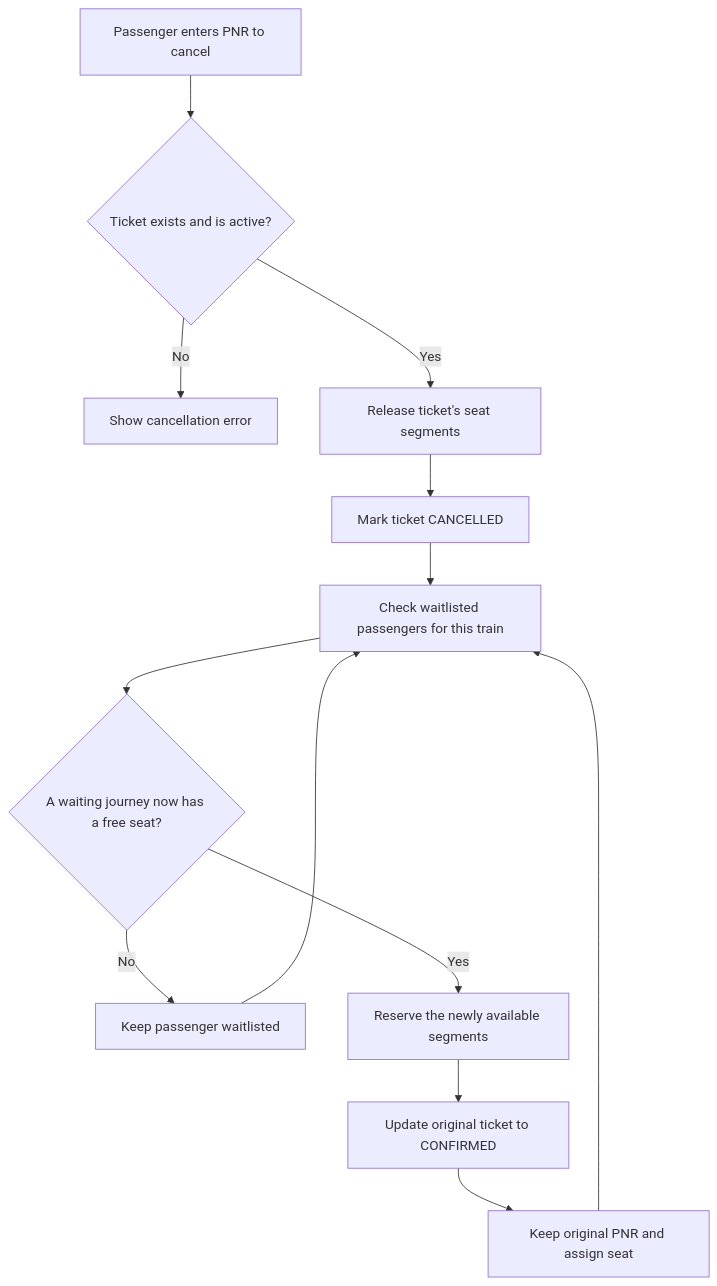
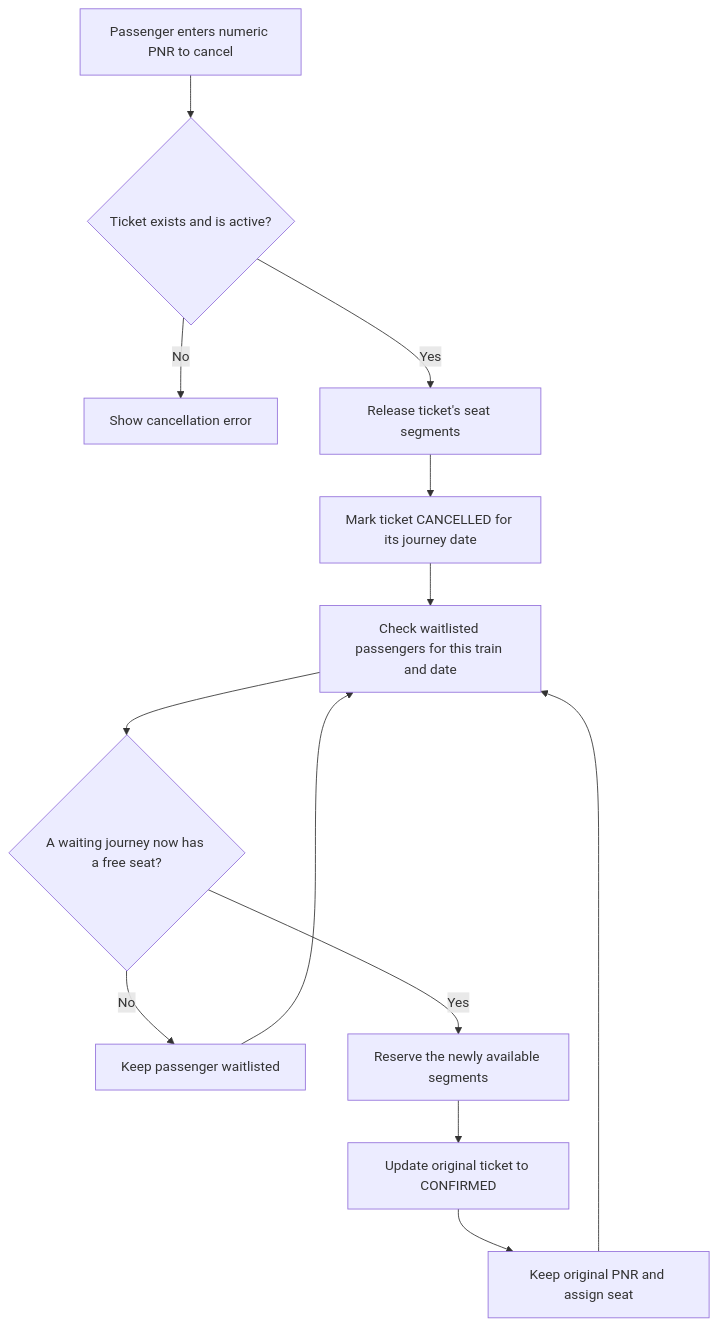
Before and after one commit to Kai-0411/RAILWAY-TICKET-MANAGEMENT-SYSTEM: the second of 3 diagrams in README.md, drawn with Mermaid. The commit also changed other lines of this file, not shown here.

Commit message:
Document Swing booking and refund flow

````diff
--- a/README.md
+++ b/README.md
@@ -65,15 +77,15 @@
 ```mermaid
 flowchart TD
-    A[Passenger enters PNR to cancel] --> B{Ticket exists and is active?}
+    A[Passenger enters numeric PNR to cancel] --> B{Ticket exists and is active?}
     B -- No --> C[Show cancellation error]
     B -- Yes --> D[Release ticket's seat segments]
-    D --> E[Mark ticket CANCELLED]
-    E --> F[Check waitlisted passengers for this train]
+    D --> E[Mark ticket CANCELLED for its journey date]
+    E --> F[Check waitlisted passengers for this train and date]
     F --> G{A waiting journey now has a free seat?}
     G -- No --> H[Keep passenger waitlisted]
     H --> F
     G -- Yes --> I[Reserve the newly available segments]
     I --> J[Update original ticket to CONFIRMED]
     J --> K[Keep original PNR and assign seat]
     K --> F
 ```
````
